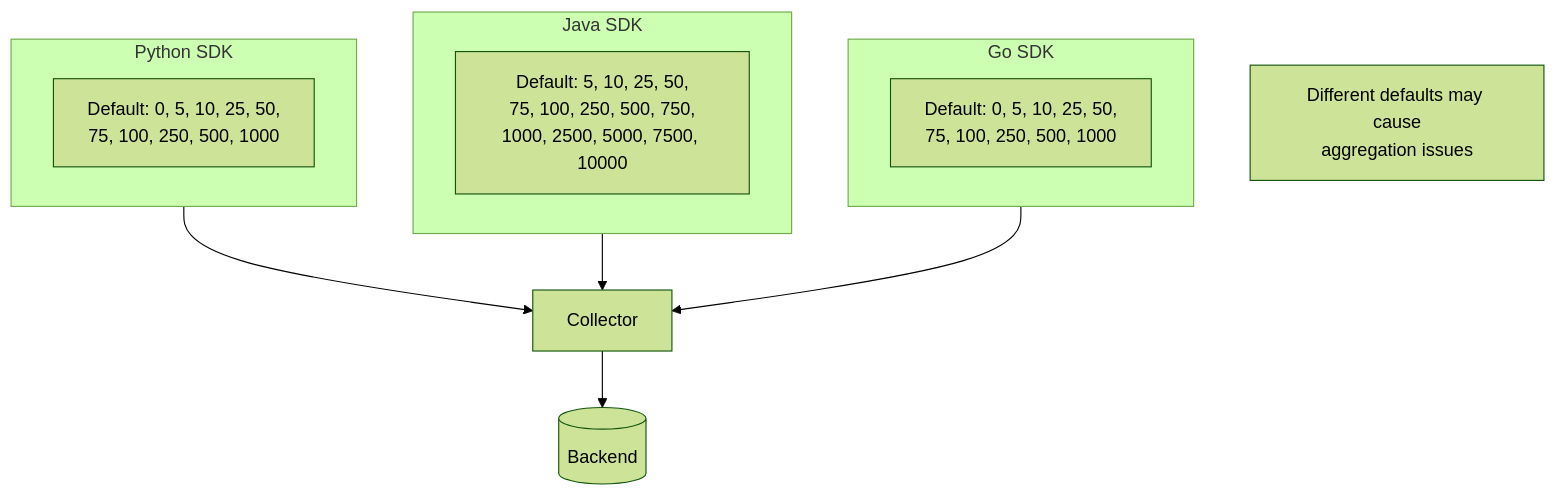
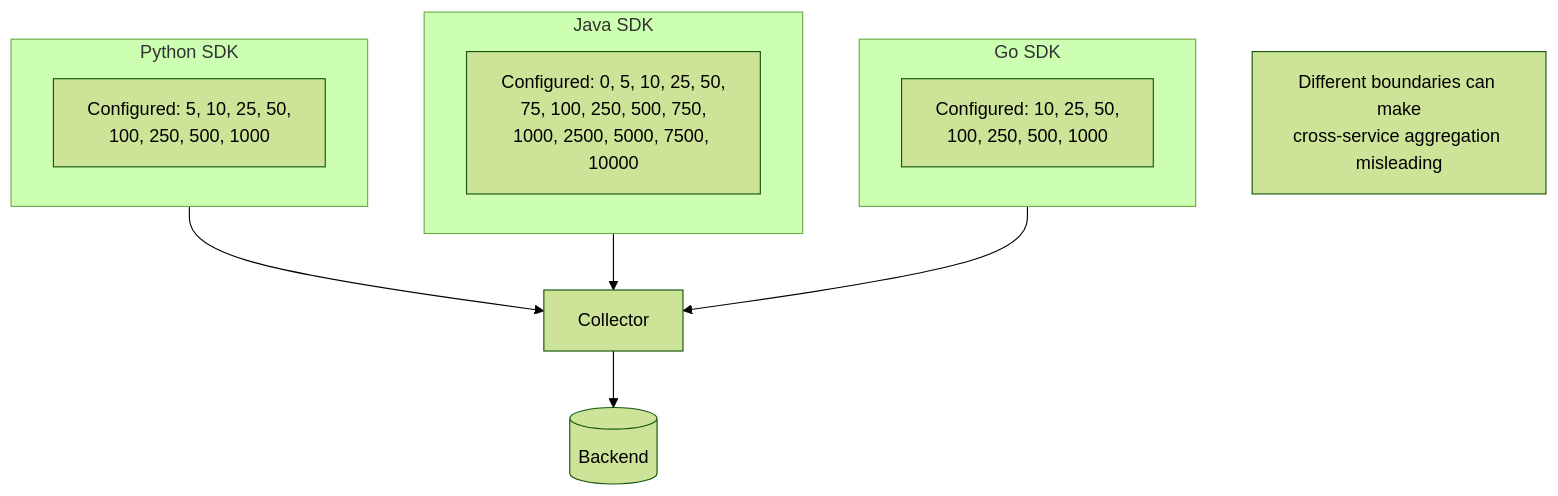
One commit to OneUptime/blog changed the second of 3 diagrams in posts/2026-01-24-invalid-histogram-bucket/README.md. Above: the diagram before and after it, drawn with Mermaid (forest theme). The commit also changed other lines of this file and 2 other files, not shown here.

````diff
--- a/posts/2026-01-24-invalid-histogram-bucket/README.md
+++ b/posts/2026-01-24-invalid-histogram-bucket/README.md
@@ -372,24 +361,24 @@
 ```mermaid
 flowchart TB
     subgraph Python["Python SDK"]
-        PB["Default: 0, 5, 10, 25, 50,<br/>75, 100, 250, 500, 1000"]
+        PB["Configured: 5, 10, 25, 50,<br/>100, 250, 500, 1000"]
     end
 
     subgraph Java["Java SDK"]
-        JB["Default: 5, 10, 25, 50,<br/>75, 100, 250, 500, 750,<br/>1000, 2500, 5000, 7500, 10000"]
+        JB["Configured: 0, 5, 10, 25, 50,<br/>75, 100, 250, 500, 750,<br/>1000, 2500, 5000, 7500, 10000"]
     end
 
     subgraph Go["Go SDK"]
-        GB["Default: 0, 5, 10, 25, 50,<br/>75, 100, 250, 500, 1000"]
+        GB["Configured: 10, 25, 50,<br/>100, 250, 500, 1000"]
     end
 
     C[Collector]
 
     Python --> C
     Java --> C
     Go --> C
 
     C --> B[(Backend)]
 
-    Note["Different defaults may cause<br/>aggregation issues"]
+    Note["Different boundaries can make<br/>cross-service aggregation misleading"]
 ```
````
